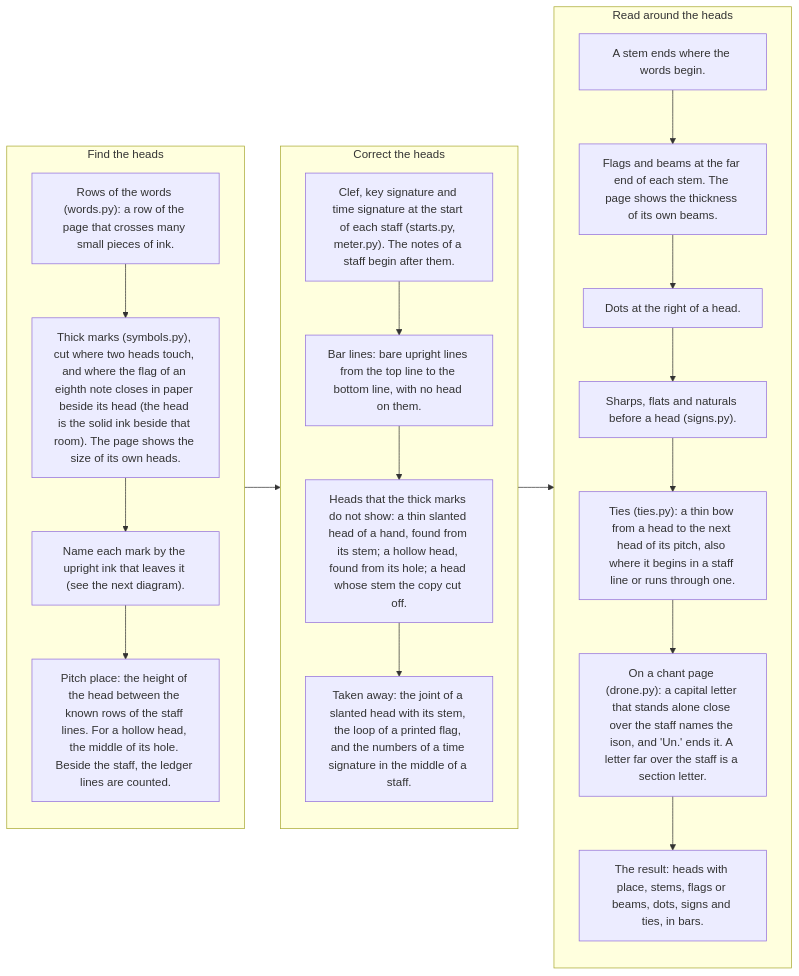
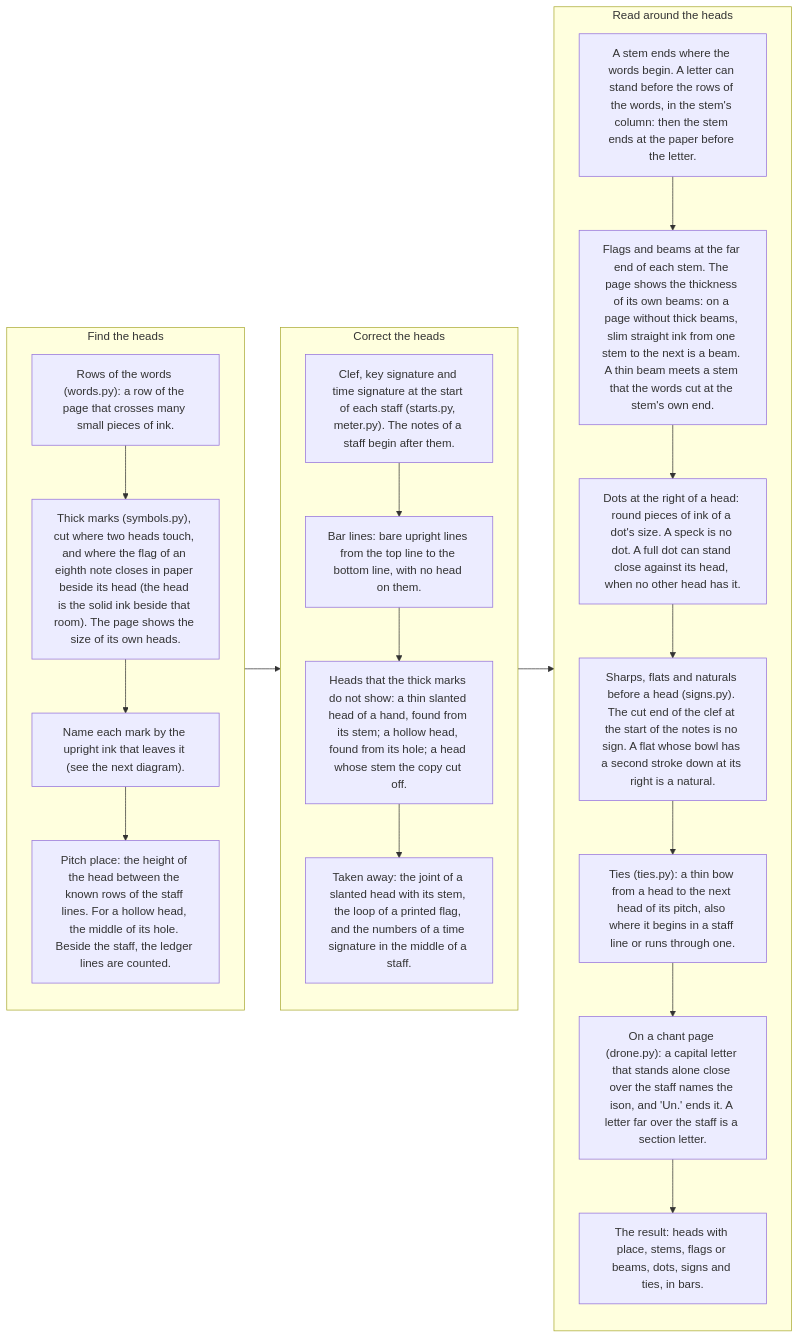
One commit to sweet-cicero/ScoreReader changed the fourth of 11 diagrams in README.md. Above: the diagram before and after it, drawn with Mermaid. The commit also changed other lines of this file and 4 other files, not shown here.

First line of the commit message:
Eight rules for dots, flags, beams and signs: clean copies 94.1 %

````diff
--- a/README.md
+++ b/README.md
@@ -147,31 +147,31 @@
 ```mermaid
 flowchart LR
     subgraph find["Find the heads"]
         direction TB
         f0["Rows of the words (words.py): a row of the page that crosses many small pieces of ink."]
         f1["Thick marks (symbols.py), cut where two heads touch, and where the flag of an eighth note closes in paper beside its head (the head is the solid ink beside that room). The page shows the size of its own heads."]
         f2["Name each mark by the upright ink that leaves it (see the next diagram)."]
         f3["Pitch place: the height of the head between the known rows of the staff lines. For a hollow head, the middle of its hole. Beside the staff, the ledger lines are counted."]
         f0 --> f1 --> f2 --> f3
     end
     subgraph more["Correct the heads"]
         direction TB
         m1["Clef, key signature and time signature at the start of each staff (starts.py, meter.py). The notes of a staff begin after them."]
         m2["Bar lines: bare upright lines from the top line to the bottom line, with no head on them."]
         m3["Heads that the thick marks do not show: a thin slanted head of a hand, found from its stem; a hollow head, found from its hole; a head whose stem the copy cut off."]
         m4["Taken away: the joint of a slanted head with its stem, the loop of a printed flag, and the numbers of a time signature in the middle of a staff."]
         m1 --> m2 --> m3 --> m4
     end
     subgraph around["Read around the heads"]
         direction TB
-        a1["A stem ends where the words begin."]
-        a2["Flags and beams at the far end of each stem. The page shows the thickness of its own beams."]
-        a3["Dots at the right of a head."]
-        a4["Sharps, flats and naturals before a head (signs.py)."]
+        a1["A stem ends where the words begin. A letter can stand before the rows of the words, in the stem's column: then the stem ends at the paper before the letter."]
+        a2["Flags and beams at the far end of each stem. The page shows the thickness of its own beams: on a page without thick beams, slim straight ink from one stem to the next is a beam. A thin beam meets a stem that the words cut at the stem's own end."]
+        a3["Dots at the right of a head: round pieces of ink of a dot's size. A speck is no dot. A full dot can stand close against its head, when no other head has it."]
+        a4["Sharps, flats and naturals before a head (signs.py). The cut end of the clef at the start of the notes is no sign. A flat whose bowl has a second stroke down at its right is a natural."]
         a5["Ties (ties.py): a thin bow from a head to the next head of its pitch, also where it begins in a staff line or runs through one."]
         a6["On a chant page (drone.py): a capital letter that stands alone close over the staff names the ison, and 'Un.' ends it. A letter far over the staff is a section letter."]
         a7["The result: heads with place, stems, flags or beams, dots, signs and ties, in bars."]
         a1 --> a2 --> a3 --> a4 --> a5 --> a6 --> a7
     end
     find --> more --> around
 ```
````
